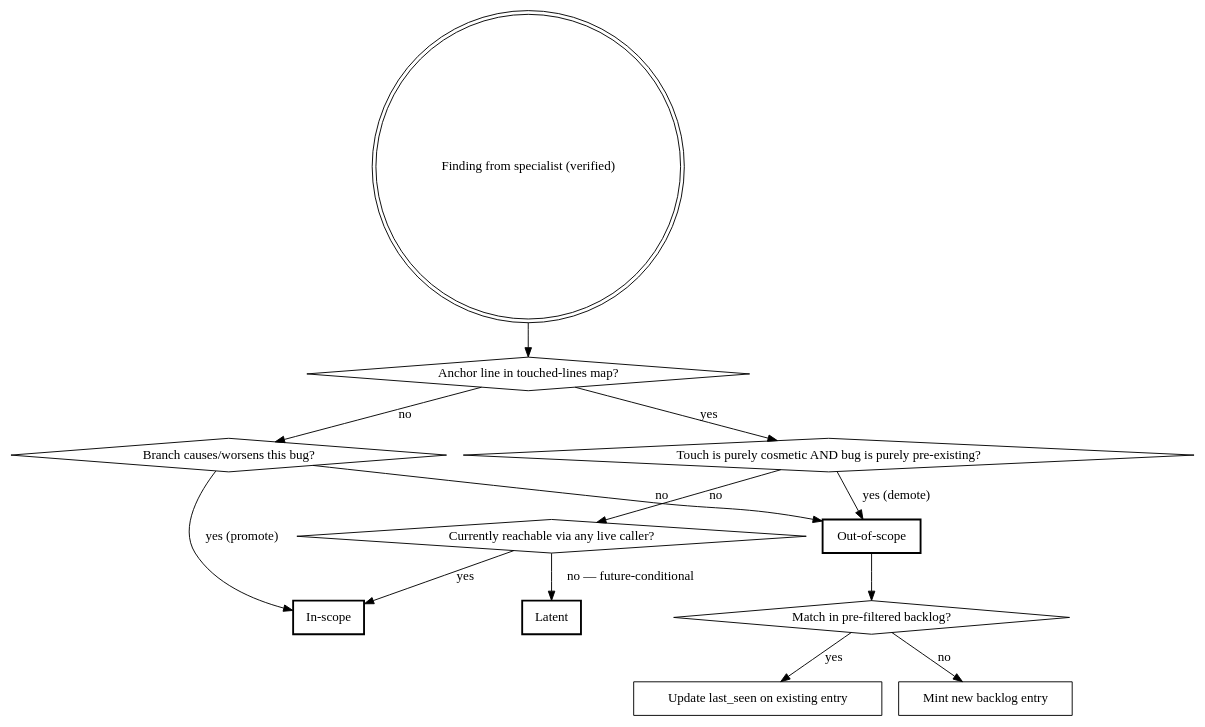
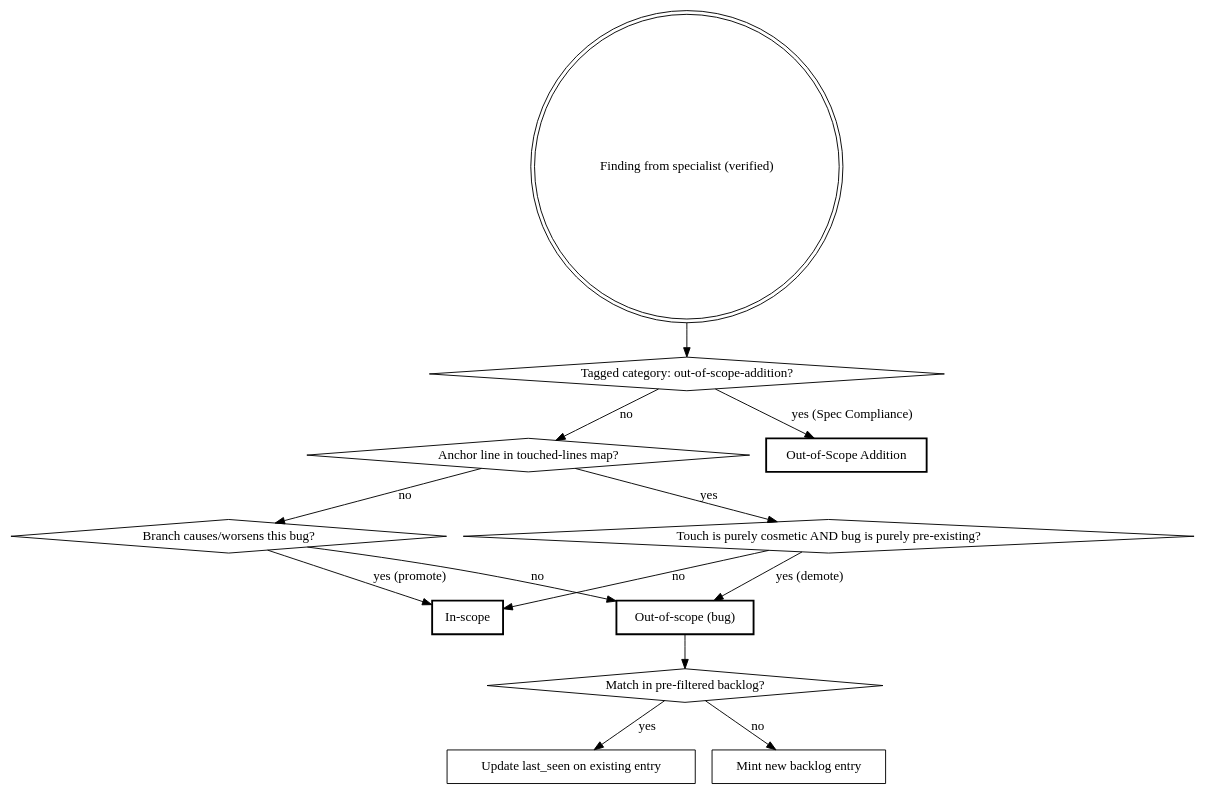
One commit to Ovid/smudge changed the first of 2 diagrams in .claude/skills/agentic-review/SKILL.md. Above: the diagram before and after it, drawn with Graphviz. The commit also changed other lines of this file and 8 other files, not shown here.

````diff
--- a/.claude/skills/agentic-review/SKILL.md
+++ b/.claude/skills/agentic-review/SKILL.md
@@ -35,29 +40,29 @@
 ```dot
 digraph classification {
   "Finding from specialist (verified)" [shape=doublecircle];
+  "Tagged category: out-of-scope-addition?" [shape=diamond];
   "Anchor line in touched-lines map?" [shape=diamond];
   "Branch causes/worsens this bug?" [shape=diamond];
   "Touch is purely cosmetic AND bug is purely pre-existing?" [shape=diamond];
-  "Currently reachable via any live caller?" [shape=diamond];
   "Match in pre-filtered backlog?" [shape=diamond];
 
   "In-scope" [shape=box, style=bold];
-  "Latent" [shape=box, style=bold];
-  "Out-of-scope" [shape=box, style=bold];
+  "Out-of-scope (bug)" [shape=box, style=bold];
+  "Out-of-Scope Addition" [shape=box, style=bold];
   "Update last_seen on existing entry" [shape=box];
   "Mint new backlog entry" [shape=box];
 
-  "Finding from specialist (verified)" -> "Anchor line in touched-lines map?";
+  "Finding from specialist (verified)" -> "Tagged category: out-of-scope-addition?";
+  "Tagged category: out-of-scope-addition?" -> "Out-of-Scope Addition" [label="yes (Spec Compliance)"];
+  "Tagged category: out-of-scope-addition?" -> "Anchor line in touched-lines map?" [label="no"];
   "Anchor line in touched-lines map?" -> "Touch is purely cosmetic AND bug is purely pre-existing?" [label="yes"];
   "Anchor line in touched-lines map?" -> "Branch causes/worsens this bug?" [label="no"];
-  "Touch is purely cosmetic AND bug is purely pre-existing?" -> "Out-of-scope" [label="yes (demote)"];
-  "Touch is purely cosmetic AND bug is purely pre-existing?" -> "Currently reachable via any live caller?" [label="no"];
-  "Currently reachable via any live caller?" -> "In-scope" [label="yes"];
-  "Currently reachable via any live caller?" -> "Latent" [label="no — future-conditional"];
+  "Touch is purely cosmetic AND bug is purely pre-existing?" -> "Out-of-scope (bug)" [label="yes (demote)"];
+  "Touch is purely cosmetic AND bug is purely pre-existing?" -> "In-scope" [label="no"];
   "Branch causes/worsens this bug?" -> "In-scope" [label="yes (promote)"];
-  "Branch causes/worsens this bug?" -> "Out-of-scope" [label="no"];
-  "Out-of-scope" -> "Match in pre-filtered backlog?";
+  "Branch causes/worsens this bug?" -> "Out-of-scope (bug)" [label="no"];
+  "Out-of-scope (bug)" -> "Match in pre-filtered backlog?";
   "Match in pre-filtered backlog?" -> "Update last_seen on existing entry" [label="yes"];
   "Match in pre-filtered backlog?" -> "Mint new backlog entry" [label="no"];
 }
 ```
````
